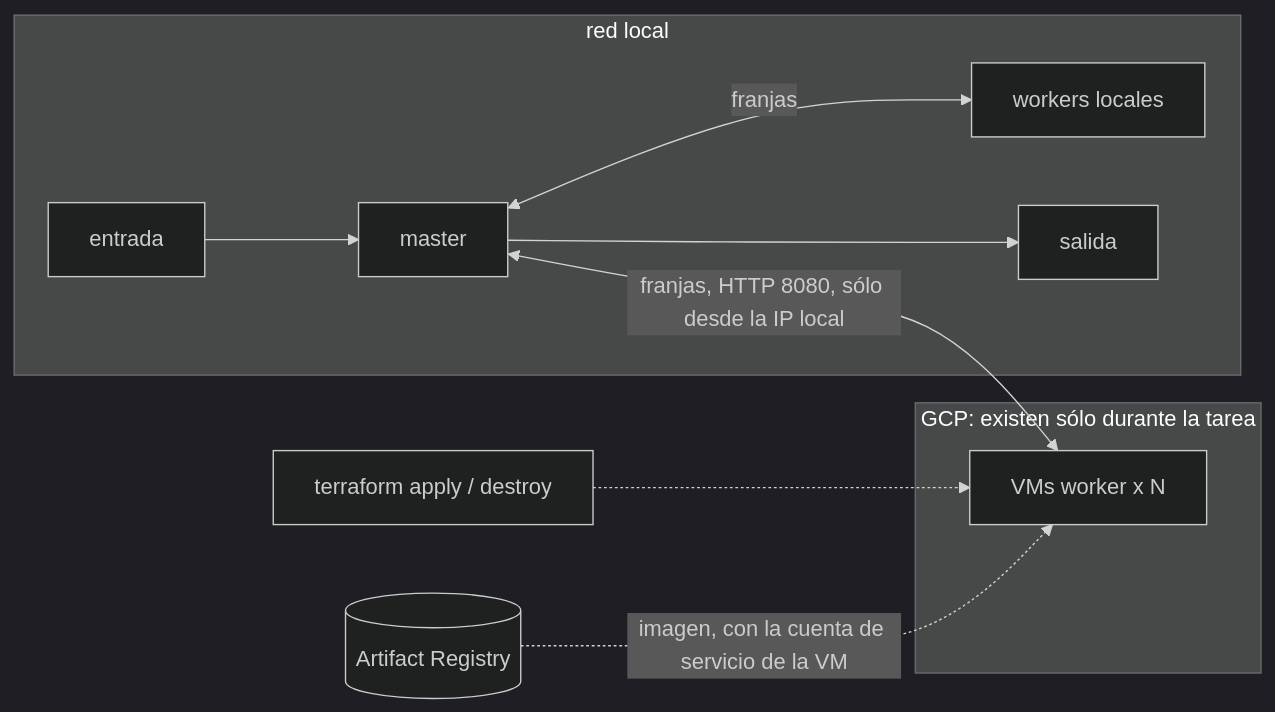
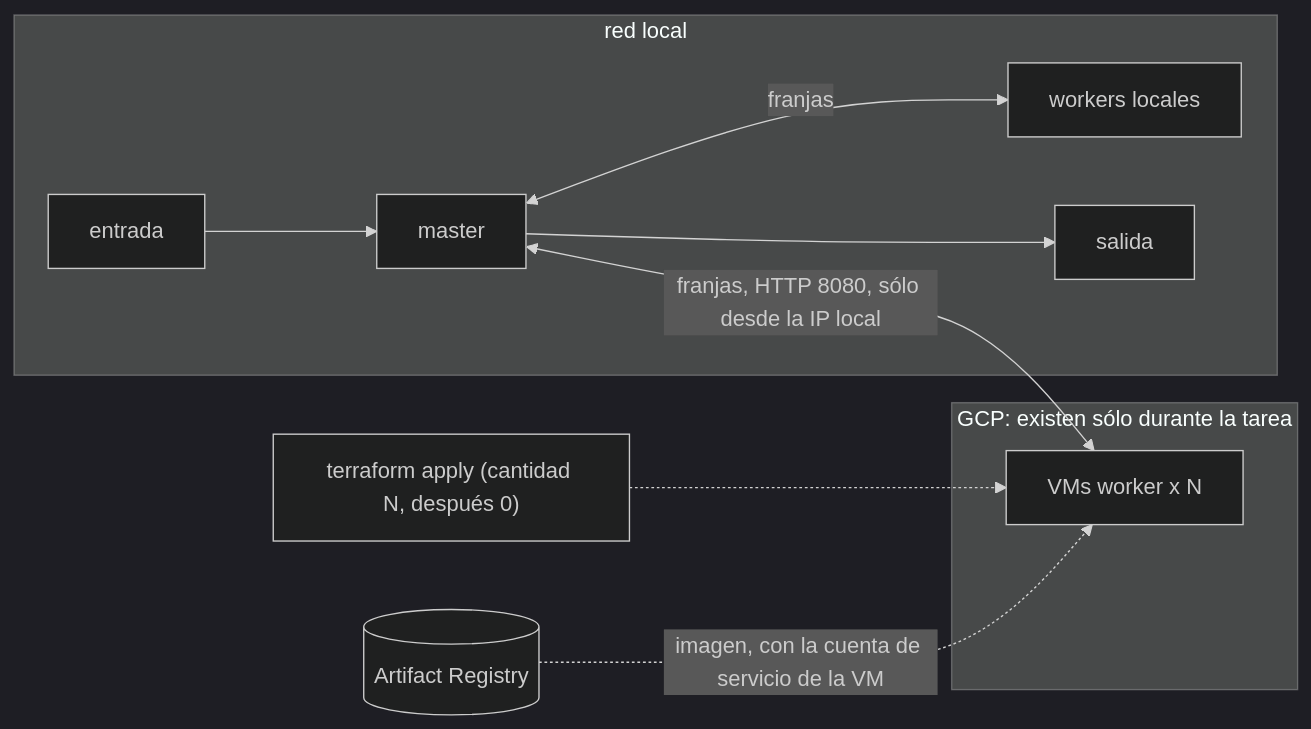
Before and after one commit to chimera-sdypp/sdypp_tp3: the diagram in hit2/README.md, drawn with Mermaid (dark theme).

Commit message:
docs(hit2): el diagrama muestra el teardown con cantidad 0, no destroy

````diff
--- a/hit2/README.md
+++ b/hit2/README.md
@@ -12,14 +12,14 @@
 ```mermaid
 flowchart LR
     subgraph local["red local"]
         E[entrada] --> M[master]
         M <-->|franjas| WL[workers locales]
         M --> S[salida]
     end
     subgraph nube["GCP: existen sólo durante la tarea"]
         WN[VMs worker x N]
     end
     M <-->|"franjas, HTTP 8080, sólo desde la IP local"| WN
-    T[terraform apply / destroy] -.-> WN
+    T["terraform apply (cantidad N, después 0)"] -.-> WN
     AR[(Artifact Registry)] -.->|imagen, con la cuenta de servicio de la VM| WN
 ```
````
